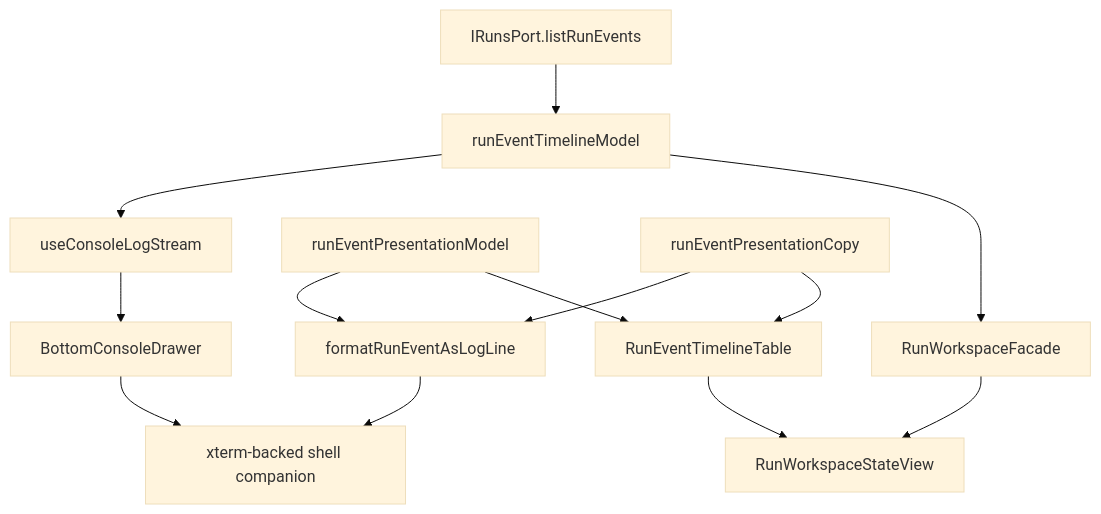
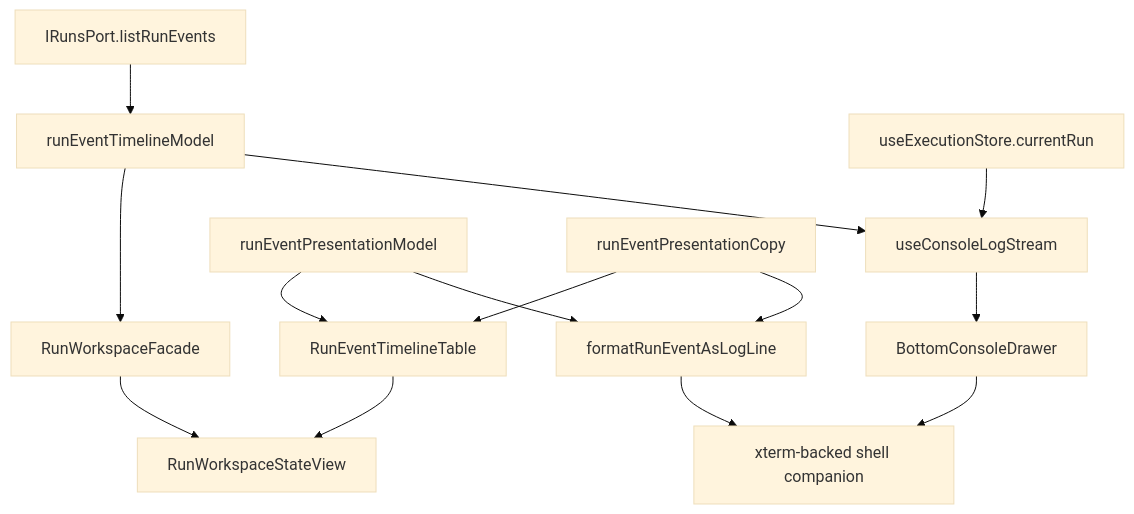
Before and after one commit to dunay2/dvt: the second of 2 diagrams in docs/architecture/components/web/runs/run-event-timeline-component.md, drawn with Mermaid (base theme). The commit also changed other lines of this file and 4 other files, not shown here.

Commit message:
fix(web): Preserve console run observation across routes

````diff
--- a/docs/architecture/components/web/runs/run-event-timeline-component.md
+++ b/docs/architecture/components/web/runs/run-event-timeline-component.md
@@ -61,17 +65,18 @@
 ```mermaid
 flowchart TB
   Port["IRunsPort.listRunEvents"] --> Model["runEventTimelineModel"]
-  Model --> ConsoleHook["useConsoleLogStream"]
+  Store["useExecutionStore.currentRun"] --> ConsoleHook["useConsoleLogStream"]
+  Model --> ConsoleHook
   Model --> Facade["RunWorkspaceFacade"]
 
   Presentation["runEventPresentationModel"] --> ConsoleFormat["formatRunEventAsLogLine"]
   Presentation --> Table["RunEventTimelineTable"]
   Copy["runEventPresentationCopy"] --> ConsoleFormat
   Copy --> Table
 
   ConsoleFormat --> Terminal["xterm-backed shell companion"]
   ConsoleHook --> Drawer["BottomConsoleDrawer"]
   Drawer --> Terminal
   Facade --> Workspace["RunWorkspaceStateView"]
   Table --> Workspace
 ```
````
